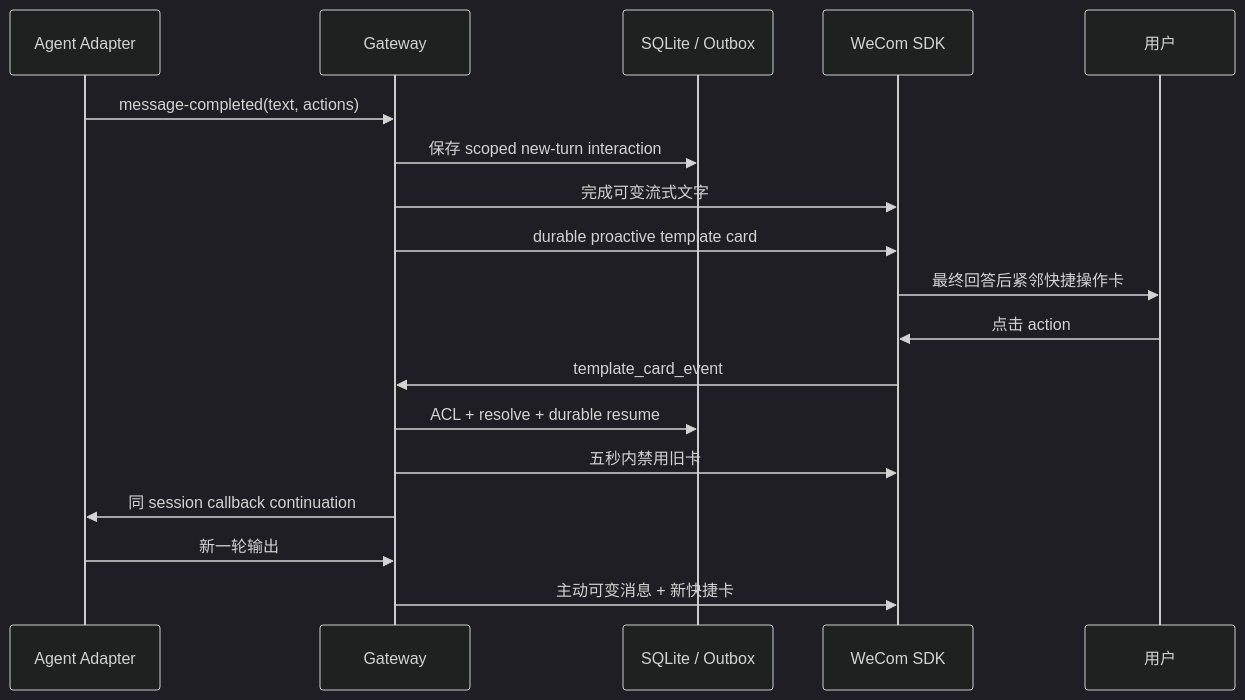
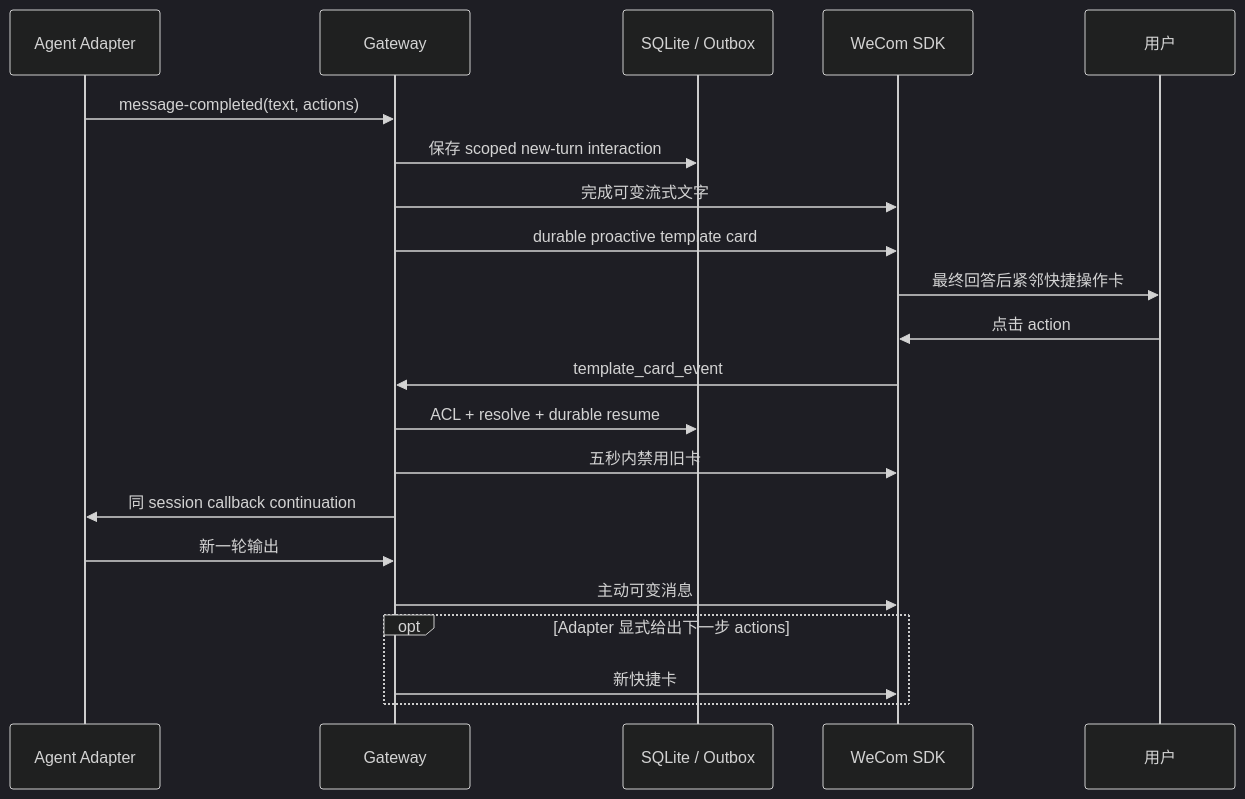
The fourth of 4 diagrams in docs/interaction-cards.md (fyaic/wecom-agent-gateway), drawn with Mermaid (dark theme) before and after one commit. The commit also changed other lines of this file and 6 other files, not shown here.

````diff
--- a/docs/interaction-cards.md
+++ b/docs/interaction-cards.md
@@ -333,21 +334,24 @@
 ```mermaid
 sequenceDiagram
     participant A as Agent Adapter
     participant G as Gateway
     participant S as SQLite / Outbox
     participant W as WeCom SDK
     participant U as 用户
 
     A->>G: message-completed(text, actions)
     G->>S: 保存 scoped new-turn interaction
     G->>W: 完成可变流式文字
     G->>W: durable proactive template card
     W->>U: 最终回答后紧邻快捷操作卡
     U->>W: 点击 action
     W->>G: template_card_event
     G->>S: ACL + resolve + durable resume
     G->>W: 五秒内禁用旧卡
     G->>A: 同 session callback continuation
     A->>G: 新一轮输出
-    G->>W: 主动可变消息 + 新快捷卡
+    G->>W: 主动可变消息
+    opt Adapter 显式给出下一步 actions
+        G->>W: 新快捷卡
+    end
 ```
````
